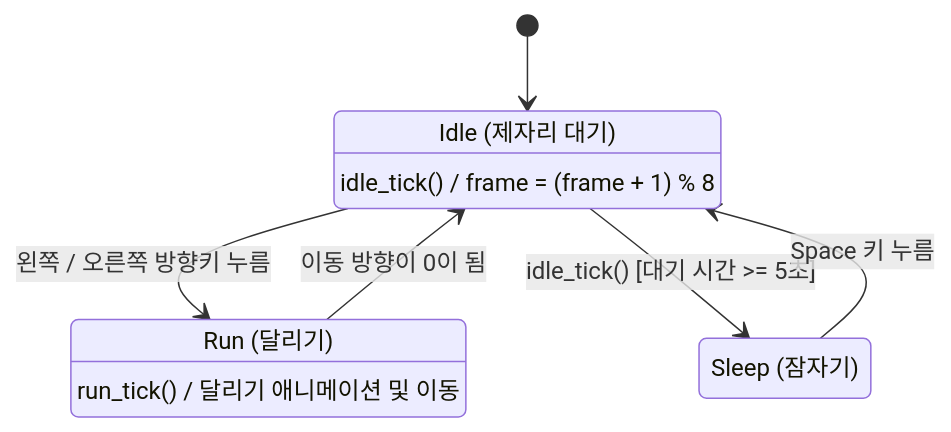
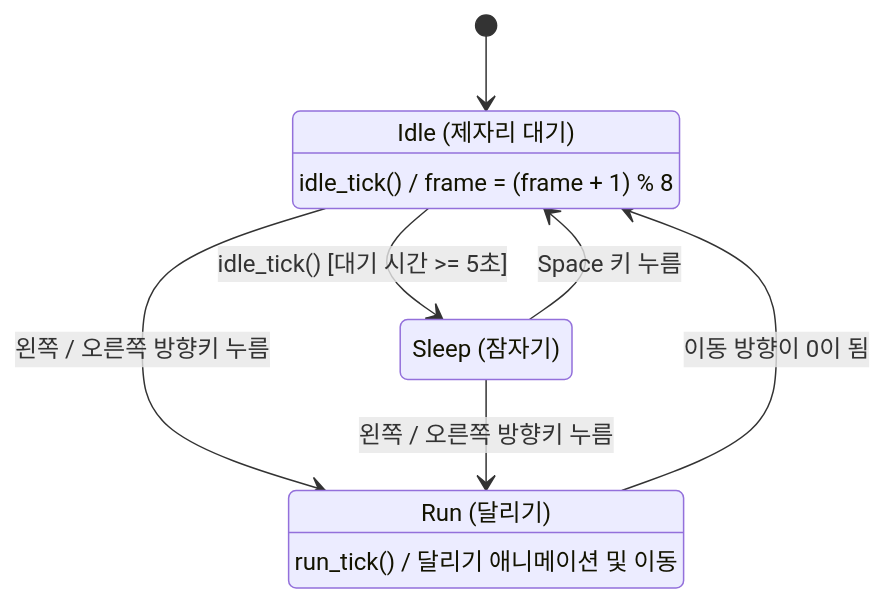
The diagram in Labs/LEC12_CharacterController/STATE_MACHINE.md (chanwhee0330/2DGP-2023184037), drawn with Mermaid before and after one commit. The commit also changed other lines of this file and 1 other file, not shown here.

First line of the commit message:
Sleep 상태에서 방향키로 Run 전환 지원

````diff
--- a/Labs/LEC12_CharacterController/STATE_MACHINE.md
+++ b/Labs/LEC12_CharacterController/STATE_MACHINE.md
@@ -8,13 +9,14 @@
 ```mermaid
 stateDiagram-v2
     [*] --> idle
     state "Idle (제자리 대기)" as idle
     state "Run (달리기)" as run
     state "Sleep (잠자기)" as sleep
     idle --> run : 왼쪽 / 오른쪽 방향키 누름
     run --> idle : 이동 방향이 0이 됨
     run : run_tick() / 달리기 애니메이션 및 이동
     idle --> sleep : idle_tick() [대기 시간 >= 5초]
     sleep --> idle : Space 키 누름
+    sleep --> run : 왼쪽 / 오른쪽 방향키 누름
     idle : idle_tick() / frame = (frame + 1) % 8
 ```
````
